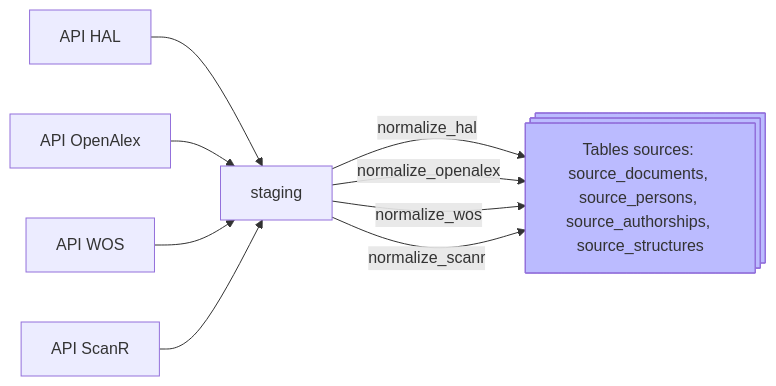
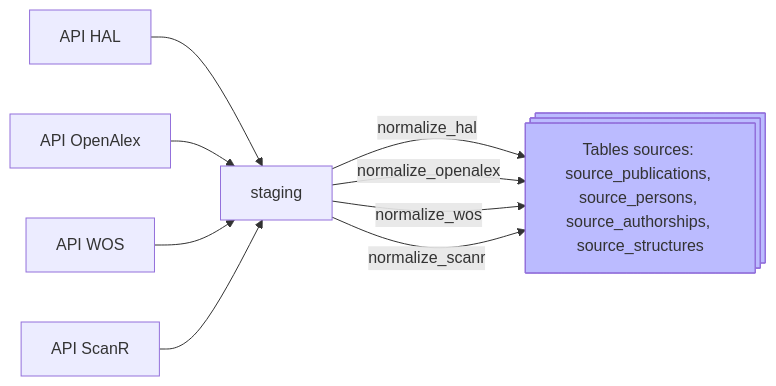
The second of 9 diagrams in docs/pipeline.md (Y33sha/bibliometrie-uca), drawn with Mermaid before and after one commit. The commit also changed other lines of this file and 109 other files, not shown here.

First line of the commit message:
Renommer source_documents → source_publications, squash migrations

````diff
--- a/docs/pipeline.md
+++ b/docs/pipeline.md
@@ -97,10 +97,10 @@
 ```mermaid
 flowchart LR
     A[API HAL]-->B[staging]-->|normalize_hal|G@{ shape: processes, label: "Tables sources: 
-    source_documents, source_persons, source_authorships, source_structures" }
+    source_publications, source_persons, source_authorships, source_structures" }
     C[API OpenAlex]-->B-->|normalize_openalex|G
     E[API WOS]-->B-->|normalize_wos|G
     K[API ScanR]-->B-->|normalize_scanr|G
     classDef new  fill:#bbf
     class G new;
 ```
````
